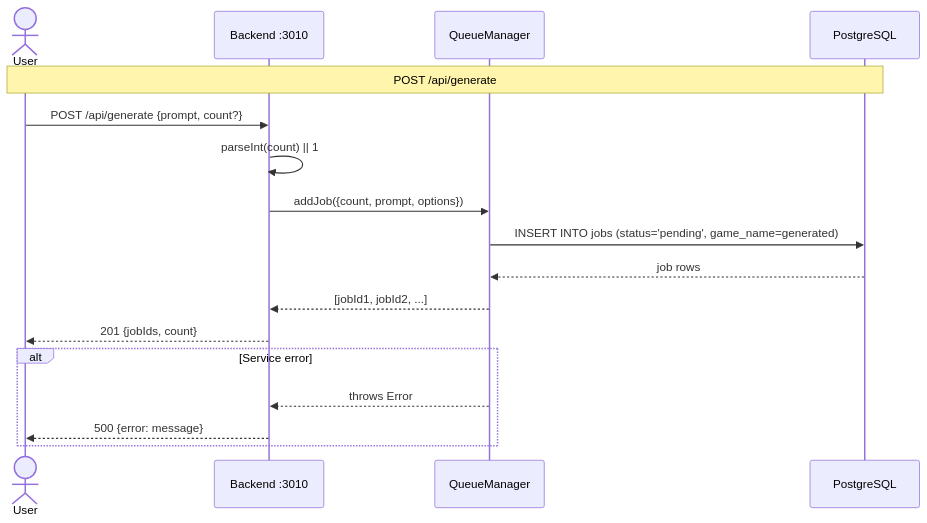
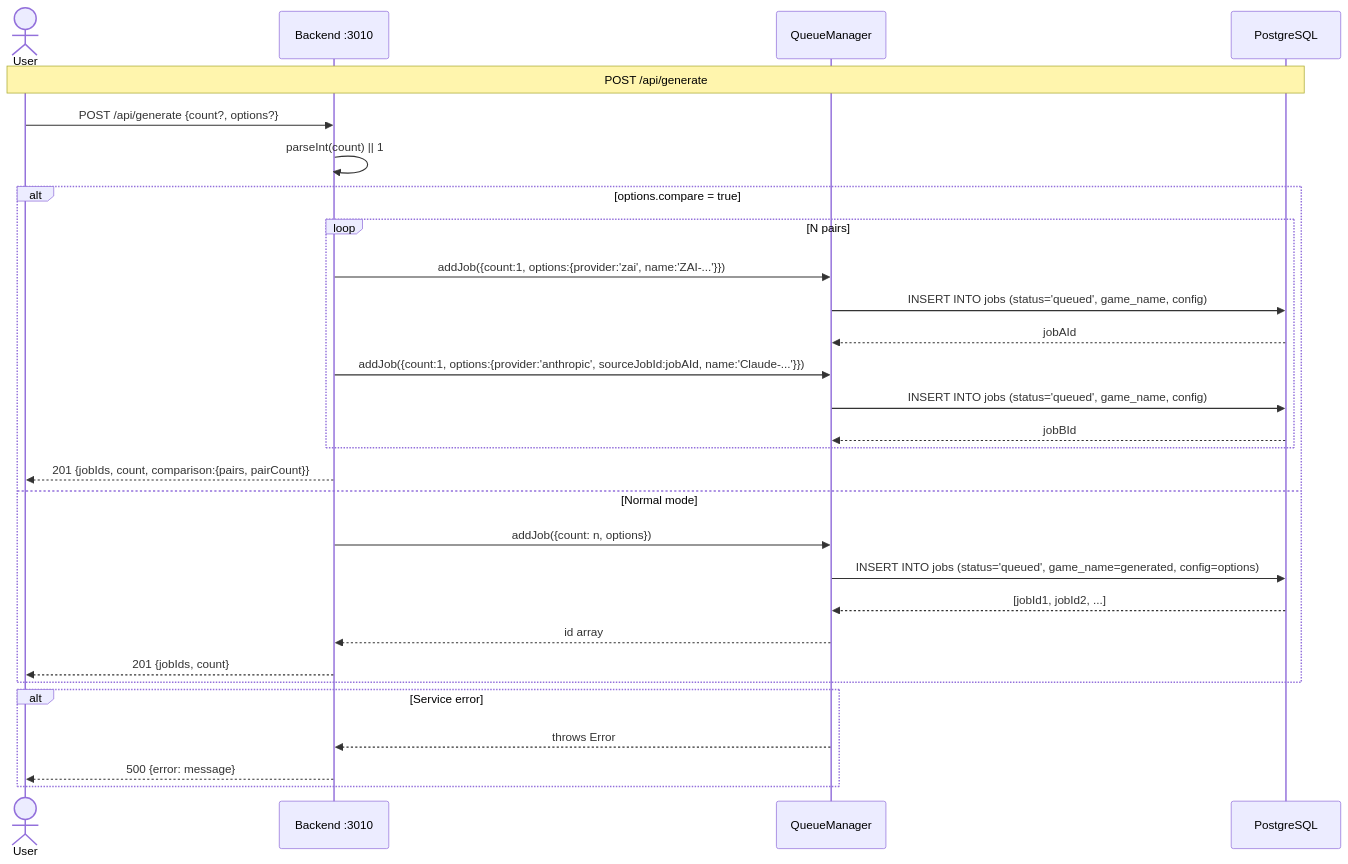
One commit to J-Gierend/gamePocGen changed the first of 7 diagrams in AI/document/02-user-flows.md. Above: the diagram before and after it, drawn with Mermaid. The commit also changed other lines of this file and 12 other files, not shown here.

First line of the commit message:
fix: regenerate all architecture docs from current source

````diff
--- a/AI/document/02-user-flows.md
+++ b/AI/document/02-user-flows.md
@@ -3,20 +3,34 @@
 ```mermaid
 sequenceDiagram
     actor User
     participant API as Backend :3010
     participant QM as QueueManager
     participant DB as PostgreSQL
 
     Note over User,DB: POST /api/generate
-    User->>API: POST /api/generate {prompt, count?}
+    User->>API: POST /api/generate {count?, options?}
     API->>API: parseInt(count) || 1
-    API->>QM: addJob({count, prompt, options})
-    QM->>DB: INSERT INTO jobs (status='pending', game_name=generated)
-    DB-->>QM: job rows
-    QM-->>API: [jobId1, jobId2, ...]
-    API-->>User: 201 {jobIds, count}
+
+    alt options.compare = true
+        loop N pairs
+            API->>QM: addJob({count:1, options:{provider:'zai', name:'ZAI-...'}})
+            QM->>DB: INSERT INTO jobs (status='queued', game_name, config)
+            DB-->>QM: jobAId
+            API->>QM: addJob({count:1, options:{provider:'anthropic', sourceJobId:jobAId, name:'Claude-...'}})
+            QM->>DB: INSERT INTO jobs (status='queued', game_name, config)
+            DB-->>QM: jobBId
+        end
+        API-->>User: 201 {jobIds, count, comparison:{pairs, pairCount}}
+    else Normal mode
+        API->>QM: addJob({count: n, options})
+        QM->>DB: INSERT INTO jobs (status='queued', game_name=generated, config=options)
+        DB-->>QM: [jobId1, jobId2, ...]
+        QM-->>API: id array
+        API-->>User: 201 {jobIds, count}
+    end
+
     alt Service error
         QM-->>API: throws Error
         API-->>User: 500 {error: message}
     end
 ```
````
